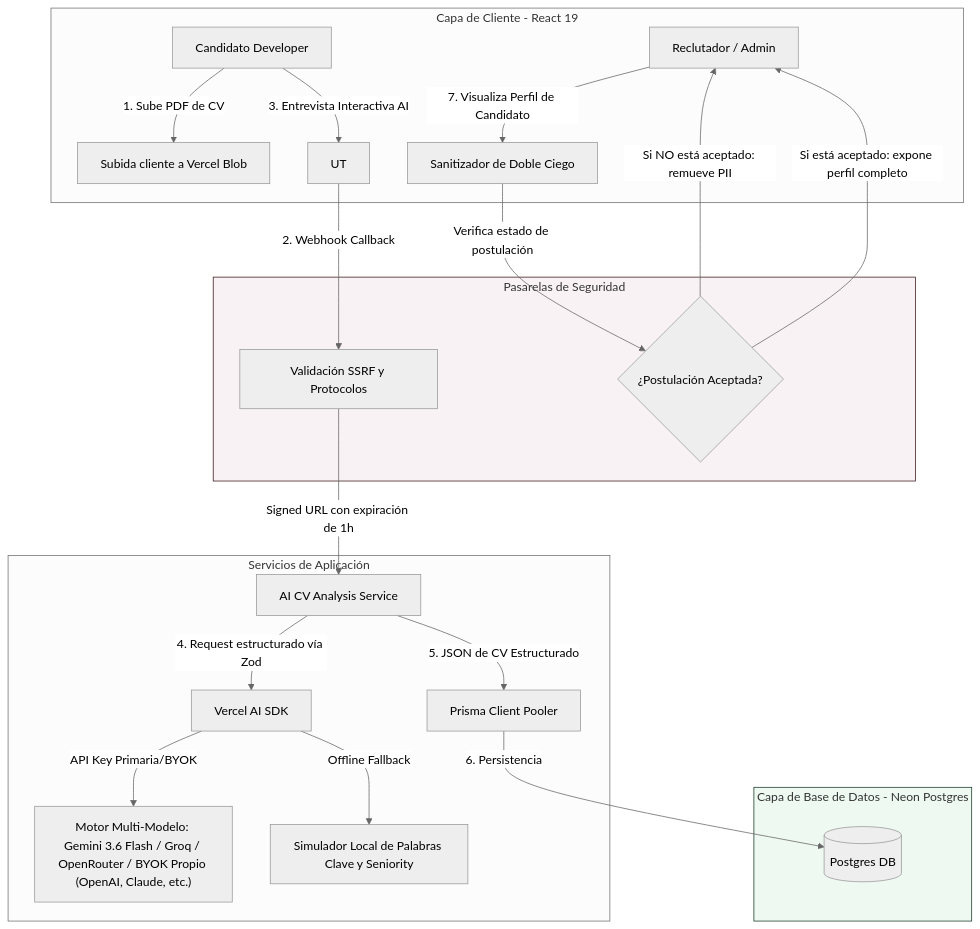
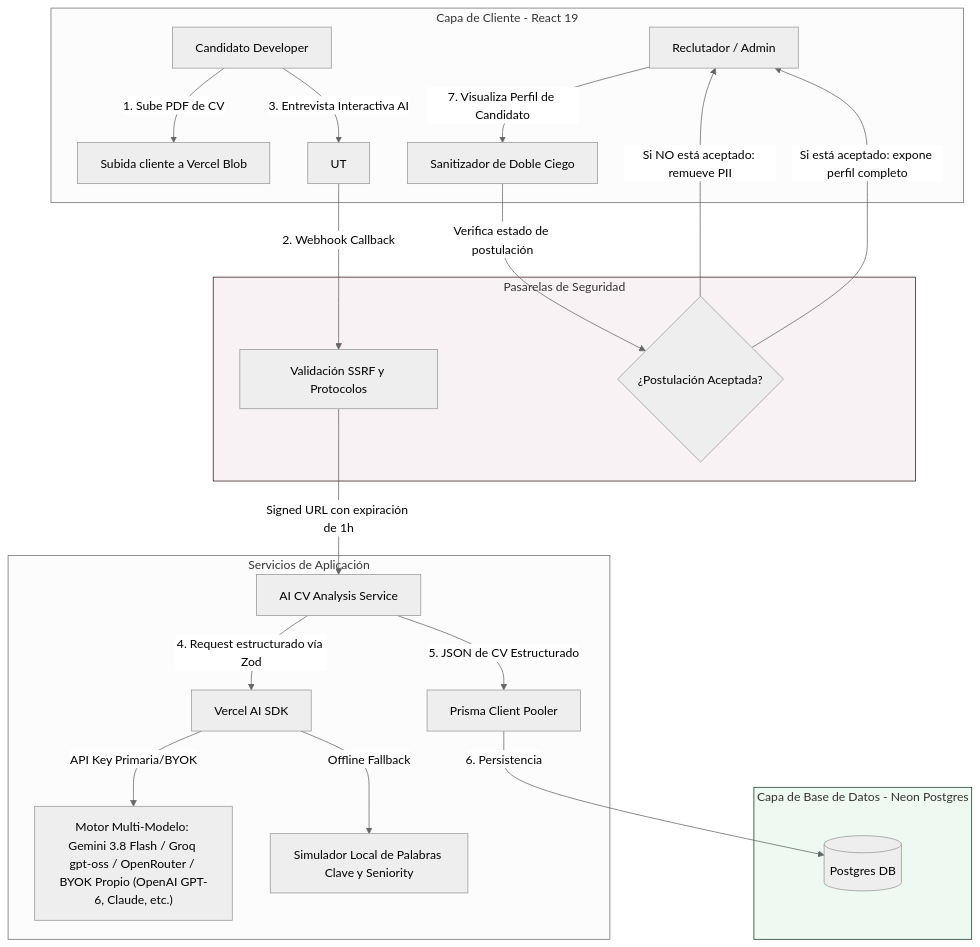
Before and after one commit to eliann313/SkillRadar: the diagram in docs/README.es.md, drawn with Mermaid (neutral theme). The commit also changed other lines of this file and 1 other file, not shown here.

````diff
--- a/docs/README.es.md
+++ b/docs/README.es.md
@@ -22,30 +22,30 @@
 ```mermaid
 graph TD
     subgraph Client [Capa de Cliente - React 19]
         C[Candidato Developer] -->|1. Sube PDF de CV| BLOB[Subida cliente a Vercel Blob]
         C -->|3. Entrevista Interactiva AI| UT
         R[Reclutador / Admin] -->|7. Visualiza Perfil de Candidato| DBV[Sanitizador de Doble Ciego]
     end
 
     subgraph Security [Pasarelas de Seguridad]
         UT -->|2. Webhook Callback| SSRF[Validación SSRF y Protocolos]
         DBV -->|Verifica estado de postulación| DB_Sec{¿Postulación Aceptada?}
     end
 
     subgraph Service [Servicios de Aplicación]
         SSRF -->|Signed URL con expiración de 1h| AI[AI CV Analysis Service]
         AI -->|4. Request estructurado vía Zod| VSDK[Vercel AI SDK]
-        VSDK -->|API Key Primaria/BYOK| LLM["Motor Multi-Modelo: Gemini 3.6 Flash / Groq / OpenRouter / BYOK Propio (OpenAI, Claude, etc.)"]
+        VSDK -->|API Key Primaria/BYOK| LLM["Motor Multi-Modelo: Gemini 3.8 Flash / Groq gpt-oss / OpenRouter / BYOK Propio (OpenAI GPT-6, Claude, etc.)"]
         VSDK -->|Offline Fallback| MOCK[Simulador Local de Palabras Clave y Seniority]
         AI -->|5. JSON de CV Estructurado| Prisma[Prisma Client Pooler]
     end
 
     subgraph DB [Capa de Base de Datos - Neon Postgres]
         Prisma -->|6. Persistencia| PGDB[(Postgres DB)]
         DB_Sec -->|Si NO está aceptado: remueve PII| R
         DB_Sec -->|Si está aceptado: expone perfil completo| R
     end
 
     style Security fill:#f9f2f4,stroke:#3a1a1a,stroke-width:1px
     style DB fill:#eef9f2,stroke:#1a3a2a,stroke-width:1px
 ```
````
